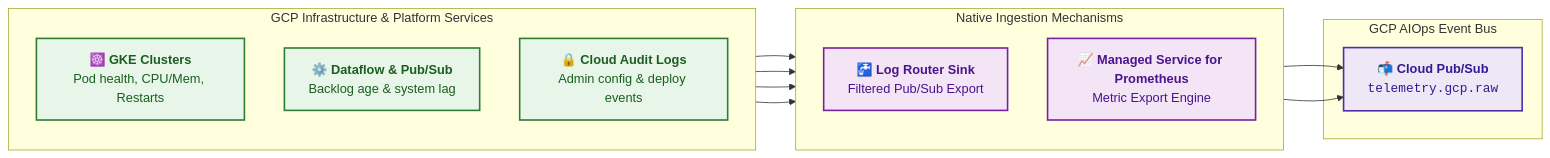
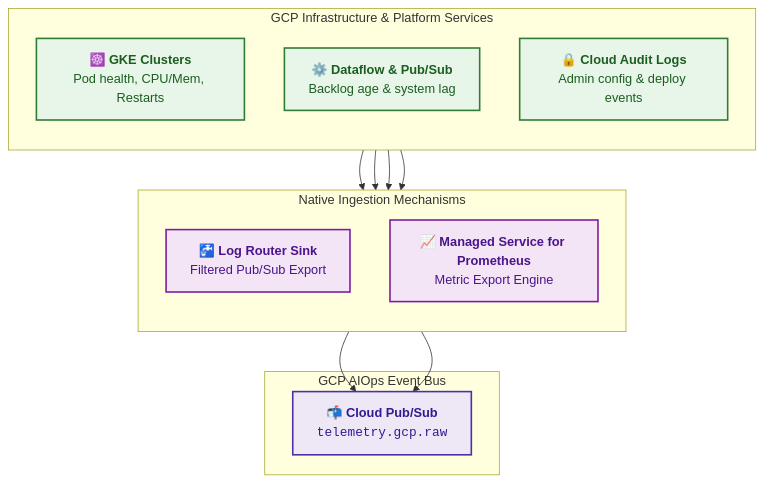
Before and after one commit to toanbui626391/aiops_architect: the diagram in docs/architecture/01_ingestion/connectors/gcp_ops_ingestion.md, drawn with Mermaid. The commit also changed 4 other files, not shown here.

````diff
--- a/docs/architecture/01_ingestion/connectors/gcp_ops_ingestion.md
+++ b/docs/architecture/01_ingestion/connectors/gcp_ops_ingestion.md
@@ -9,33 +9,33 @@
 ```mermaid
-flowchart LR
+flowchart TD
     subgraph GCP_Workloads["GCP Infrastructure & Platform Services"]
         direction TB
         GKE["☸️ <b>GKE Clusters</b><br/>Pod health, CPU/Mem, Restarts"]
         Pipelines["⚙️ <b>Dataflow & Pub/Sub</b><br/>Backlog age & system lag"]
         Audit["🔒 <b>Cloud Audit Logs</b><br/>Admin config & deploy events"]
     end
 
     subgraph Native_Ingest["Native Ingestion Mechanisms"]
         direction TB
         LogSink["🚰 <b>Log Router Sink</b><br/>Filtered Pub/Sub Export"]
         GMP["📈 <b>Managed Service for Prometheus</b><br/>Metric Export Engine"]
     end
 
     subgraph Core_Bus["GCP AIOps Event Bus"]
         PubSub["📬 <b>Cloud Pub/Sub</b><br/><code>telemetry.gcp.raw</code>"]
     end
 
     GKE & Audit --> LogSink
     GKE & Pipelines --> GMP
 
     LogSink --> PubSub
     GMP --> PubSub
 
     classDef w fill:#E8F5E9,stroke:#2E7D32,stroke-width:2px,color:#1B5E20;
     classDef i fill:#F3E5F5,stroke:#7B1FA2,stroke-width:2px,color:#4A148C;
     classDef b fill:#EDE7F6,stroke:#512DA8,stroke-width:2px,color:#311B92;
 
     class GKE,Pipelines,Audit w;
     class LogSink,GMP i;
     class PubSub b;
 ```
````
